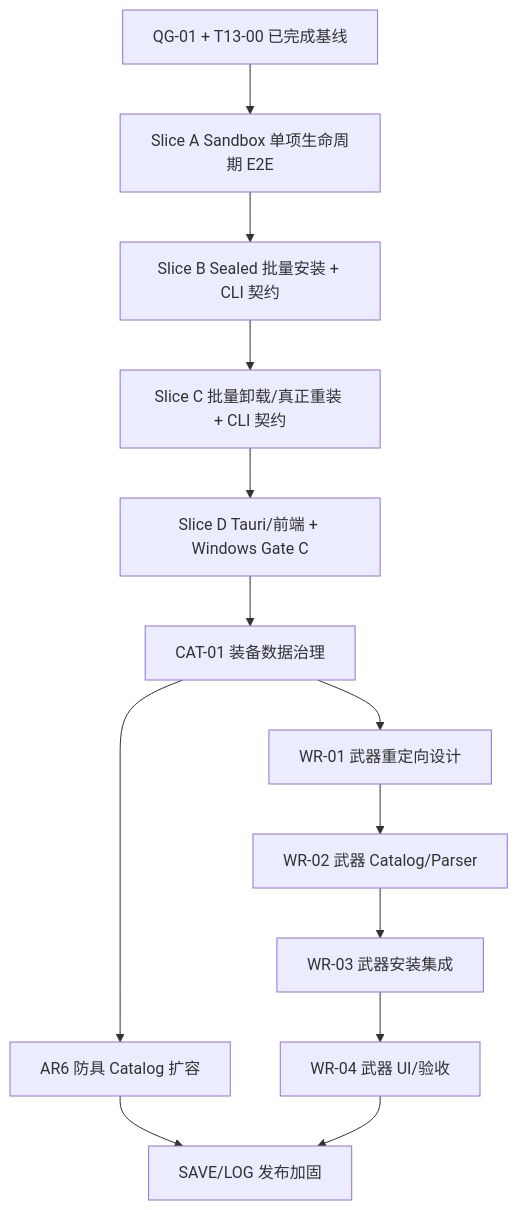
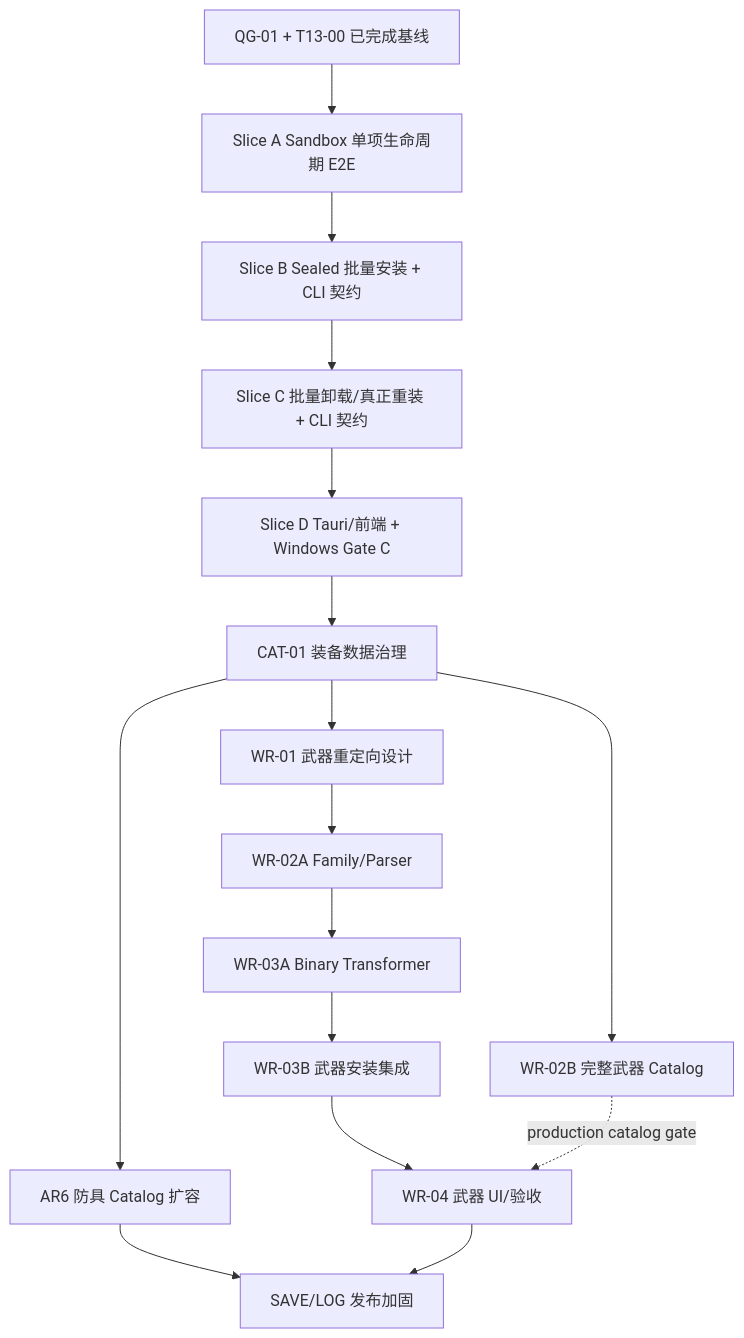
The diagram in docs/AUTONOMOUS_ITERATION_ROADMAP.md (TheLostRiver/HelsincyModManager), drawn with Mermaid before and after one commit. The commit also changed other lines of this file and 8 other files, not shown here.

Commit message:
docs: 同步 Gate C 后项目路线图

````diff
--- a/docs/AUTONOMOUS_ITERATION_ROADMAP.md
+++ b/docs/AUTONOMOUS_ITERATION_ROADMAP.md
@@ -110,15 +116,18 @@
 ```mermaid
 flowchart TD
   QG["QG-01 + T13-00 已完成基线"] --> A["Slice A Sandbox 单项生命周期 E2E"]
   A --> B["Slice B Sealed 批量安装 + CLI 契约"]
   B --> C["Slice C 批量卸载/真正重装 + CLI 契约"]
   C --> D["Slice D Tauri/前端 + Windows Gate C"]
   D --> CAT["CAT-01 装备数据治理"]
   CAT --> AR["AR6 防具 Catalog 扩容"]
   CAT --> WD["WR-01 武器重定向设计"]
-  WD --> WC["WR-02 武器 Catalog/Parser"]
-  WC --> WI["WR-03 武器安装集成"]
-  WI --> WU["WR-04 武器 UI/验收"]
+  CAT --> WCB["WR-02B 完整武器 Catalog"]
+  WD --> WCA["WR-02A Family/Parser"]
+  WCA --> WTA["WR-03A Binary Transformer"]
+  WTA --> WTB["WR-03B 武器安装集成"]
+  WTB --> WU["WR-04 武器 UI/验收"]
+  WCB -. production catalog gate .-> WU
   AR --> SAVE["SAVE/LOG 发布加固"]
   WU --> SAVE
 ```
````
